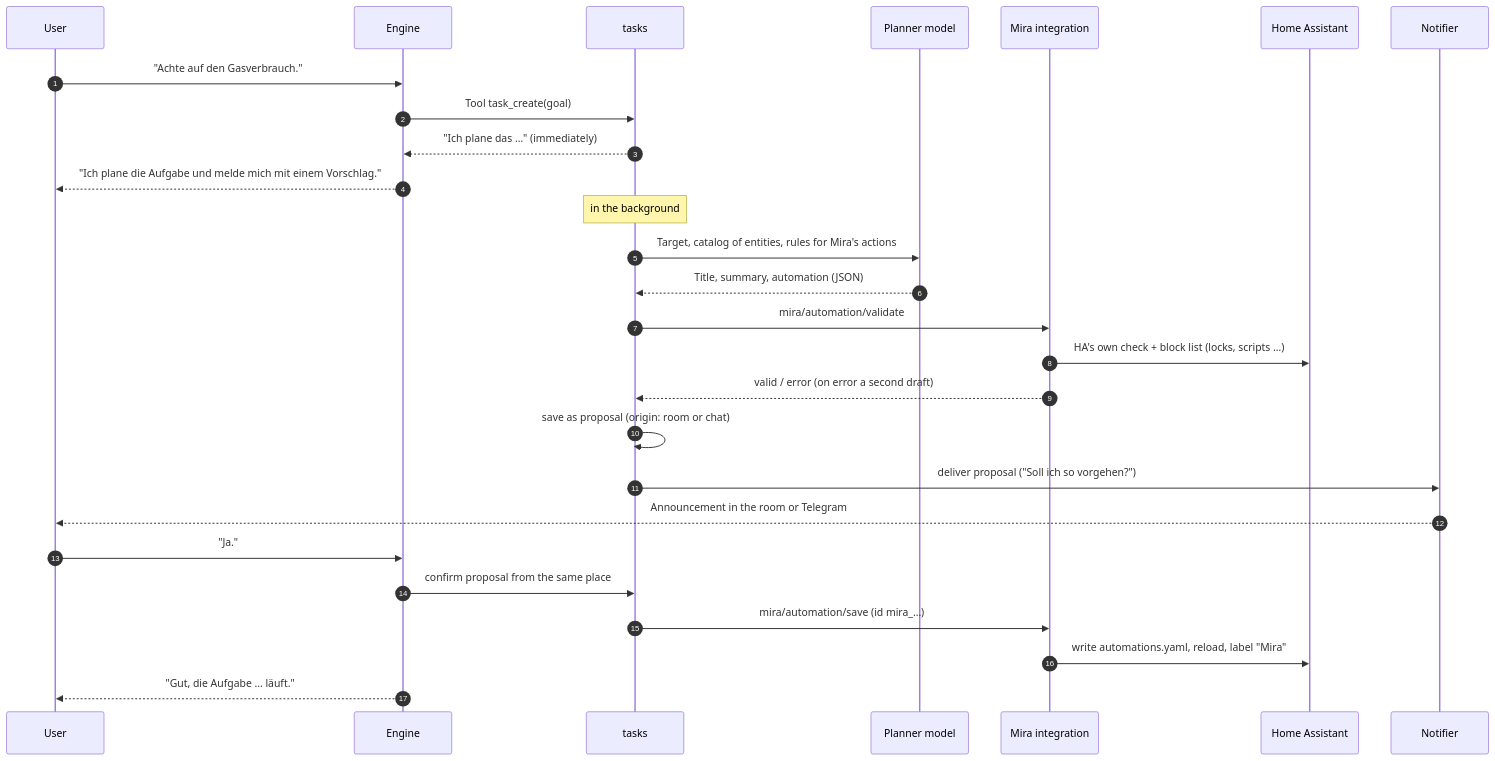
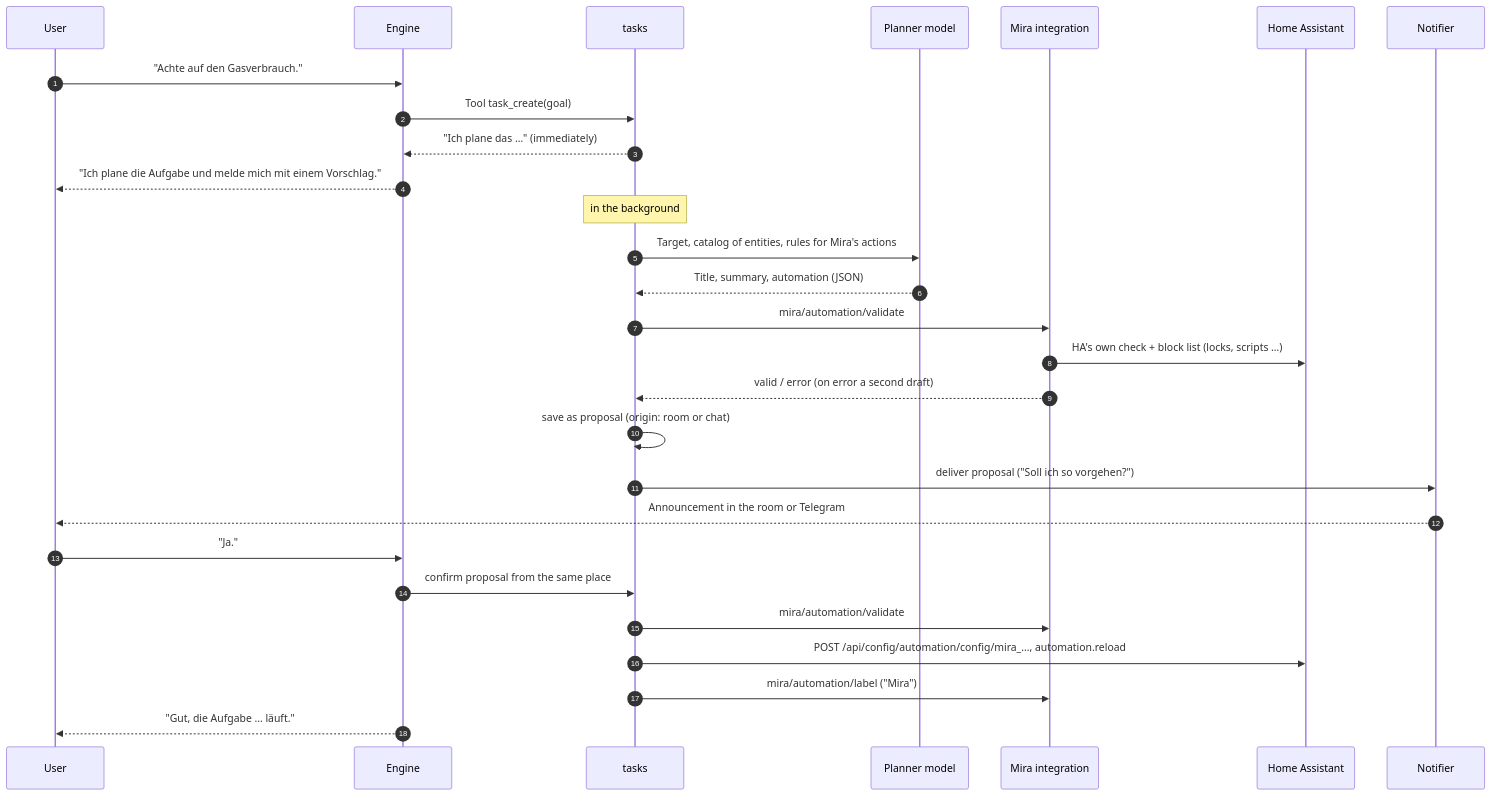
One commit to miraassist/mira changed the third of 6 diagrams in docs/system.md. Above: the diagram before and after it, drawn with Mermaid. The commit also changed other lines of this file and 77 other files, not shown here.

````diff
--- a/docs/system.md
+++ b/docs/system.md
@@ -193,30 +195,31 @@
 ```mermaid
 sequenceDiagram
     autonumber
     participant U as User
     participant E as Engine
     participant T as tasks
     participant P as Planner model
     participant I as Mira integration
     participant HA as Home Assistant
     participant N as Notifier
 
     U->>E: "Achte auf den Gasverbrauch."
     E->>T: Tool task_create(goal)
     T-->>E: "Ich plane das …" (immediately)
     E-->>U: "Ich plane die Aufgabe und melde mich mit einem Vorschlag."
     Note over T: in the background
     T->>P: Target, catalog of entities, rules for Mira's actions
     P-->>T: Title, summary, automation (JSON)
     T->>I: mira/automation/validate
     I->>HA: HA's own check + block list (locks, scripts …)
     I-->>T: valid / error (on error a second draft)
     T->>T: save as proposal (origin: room or chat)
     T->>N: deliver proposal ("Soll ich so vorgehen?")
     N-->>U: Announcement in the room or Telegram
     U->>E: "Ja."
     E->>T: confirm proposal from the same place
-    T->>I: mira/automation/save (id mira_…)
-    I->>HA: write automations.yaml, reload, label "Mira"
+    T->>I: mira/automation/validate
+    T->>HA: POST /api/config/automation/config/mira_…, automation.reload
+    T->>I: mira/automation/label ("Mira")
     E-->>U: "Gut, die Aufgabe … läuft."
 ```
````
